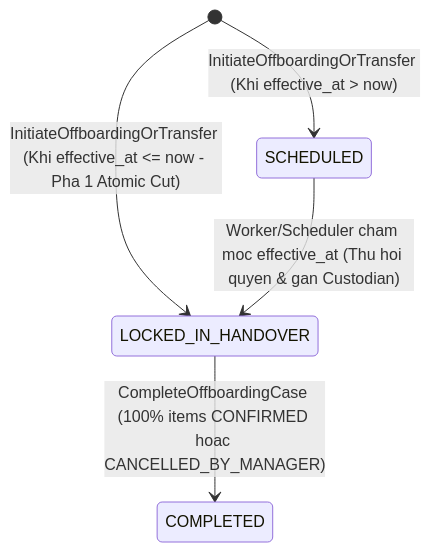
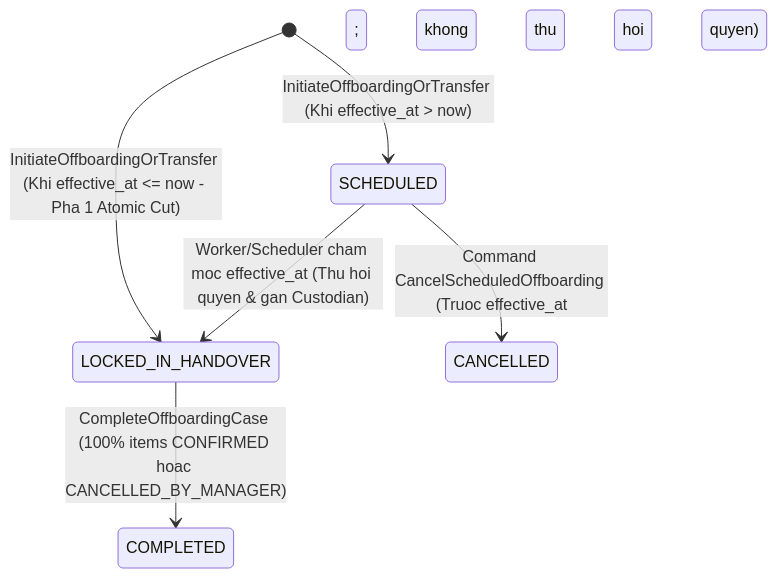
The third of 5 diagrams in 02-specs/modules/M14-ORG-ACCESS-DELEGATION.md (thuanmartech-dotcom/crm-marketing), drawn with Mermaid before and after one commit. The commit also changed other lines of this file and 48 other files, not shown here.

````diff
--- a/02-specs/modules/M14-ORG-ACCESS-DELEGATION.md
+++ b/02-specs/modules/M14-ORG-ACCESS-DELEGATION.md
@@ -152,7 +152,8 @@
 ```mermaid
 stateDiagram-v2
     [*] --> SCHEDULED : InitiateOffboardingOrTransfer (Khi effective_at > now)
     [*] --> LOCKED_IN_HANDOVER : InitiateOffboardingOrTransfer (Khi effective_at <= now - Pha 1 Atomic Cut)
     SCHEDULED --> LOCKED_IN_HANDOVER : Worker/Scheduler cham moc effective_at (Thu hoi quyen & gan Custodian)
+    SCHEDULED --> CANCELLED : Command CancelScheduledOffboarding (Truoc effective_at; khong thu hoi quyen)
     LOCKED_IN_HANDOVER --> COMPLETED : CompleteOffboardingCase (100% items CONFIRMED hoac CANCELLED_BY_MANAGER)
 ```
````
